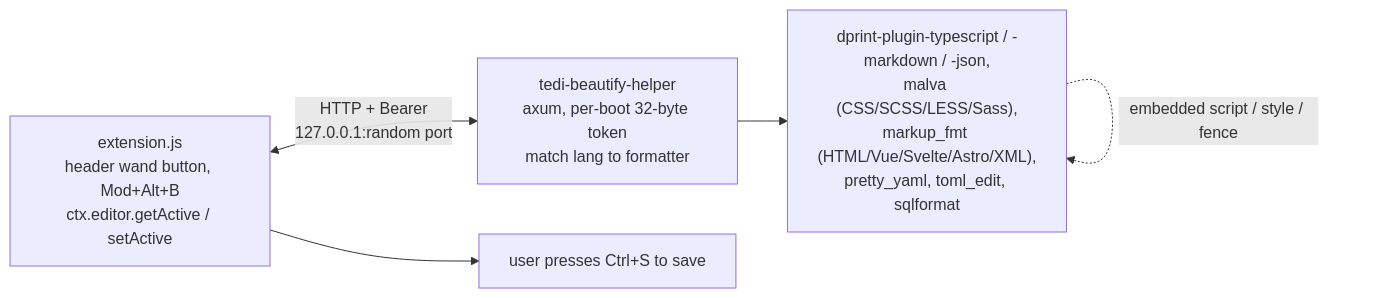
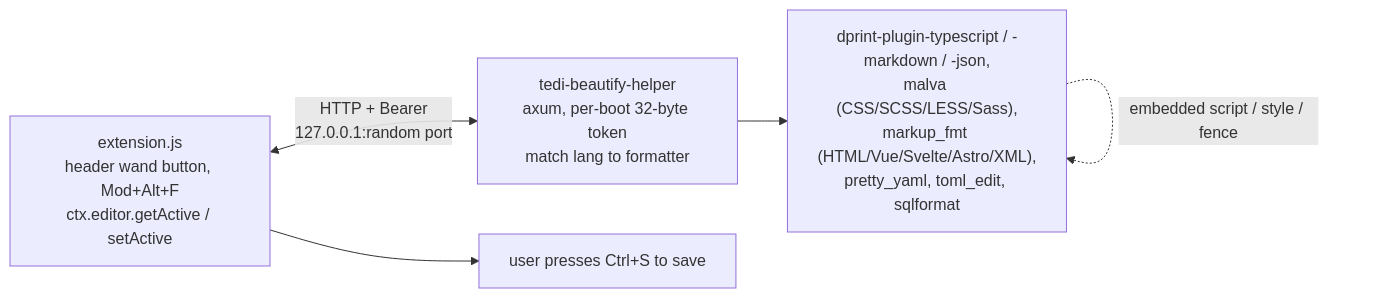
The diagram in README.md (IlhamriSKY/TEDI.beautify), drawn with Mermaid before and after one commit. The commit also changed other lines of this file and 3 other files, not shown here.

Commit message:
release: v0.2.1 - the format shortcut moves to Mod+Alt+F, because Mod+Alt+B is TEDI's own toggle-right-panel and the two were fighting over the same chord

````diff
--- a/README.md
+++ b/README.md
@@ -121,7 +121,7 @@
 ```mermaid
 flowchart LR
-    A["extension.js<br/>header wand button, Mod+Alt+B<br/>ctx.editor.getActive / setActive"] <-->|"HTTP + Bearer<br/>127.0.0.1:random port"| B["tedi-beautify-helper<br/>axum, per-boot 32-byte token<br/>match lang to formatter"]
+    A["extension.js<br/>header wand button, Mod+Alt+F<br/>ctx.editor.getActive / setActive"] <-->|"HTTP + Bearer<br/>127.0.0.1:random port"| B["tedi-beautify-helper<br/>axum, per-boot 32-byte token<br/>match lang to formatter"]
     B --> C["dprint-plugin-typescript / -markdown / -json,<br/>malva (CSS/SCSS/LESS/Sass),<br/>markup_fmt (HTML/Vue/Svelte/Astro/XML),<br/>pretty_yaml, toml_edit, sqlformat"]
     C -.->|"embedded script / style / fence"| C
     A --> D["user presses Ctrl+S to save"]
 ```
````
